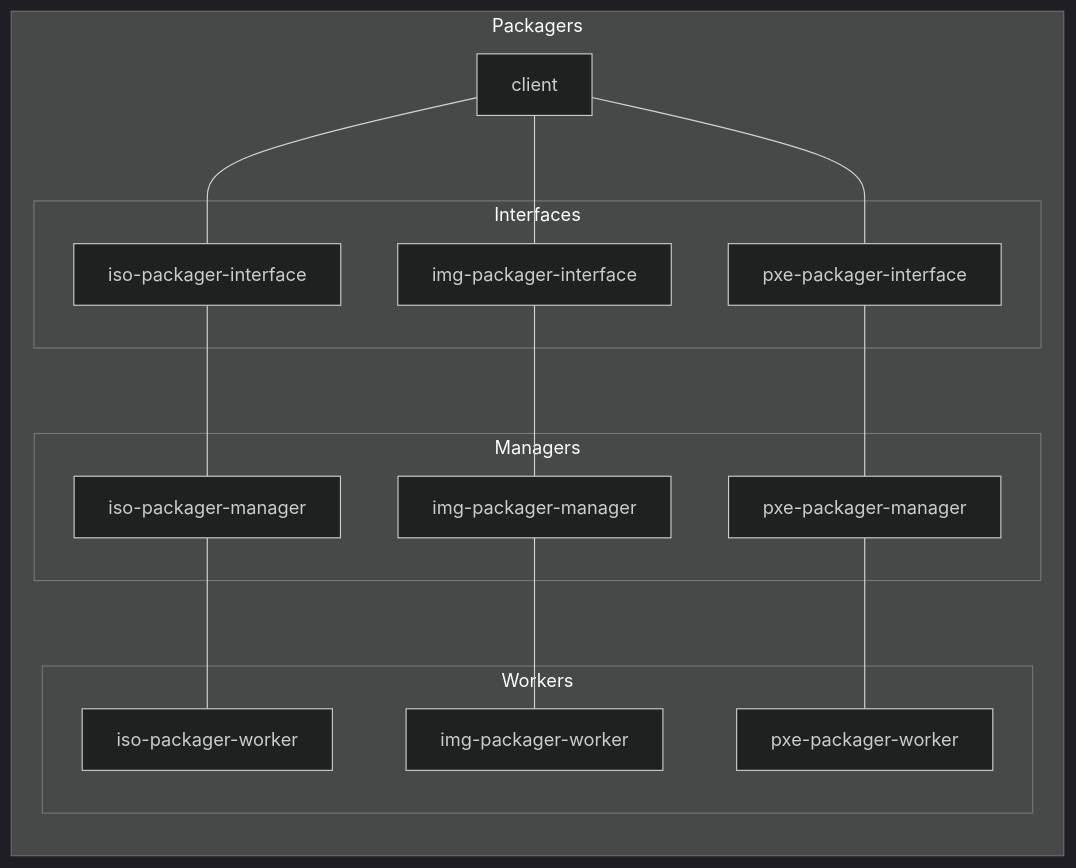
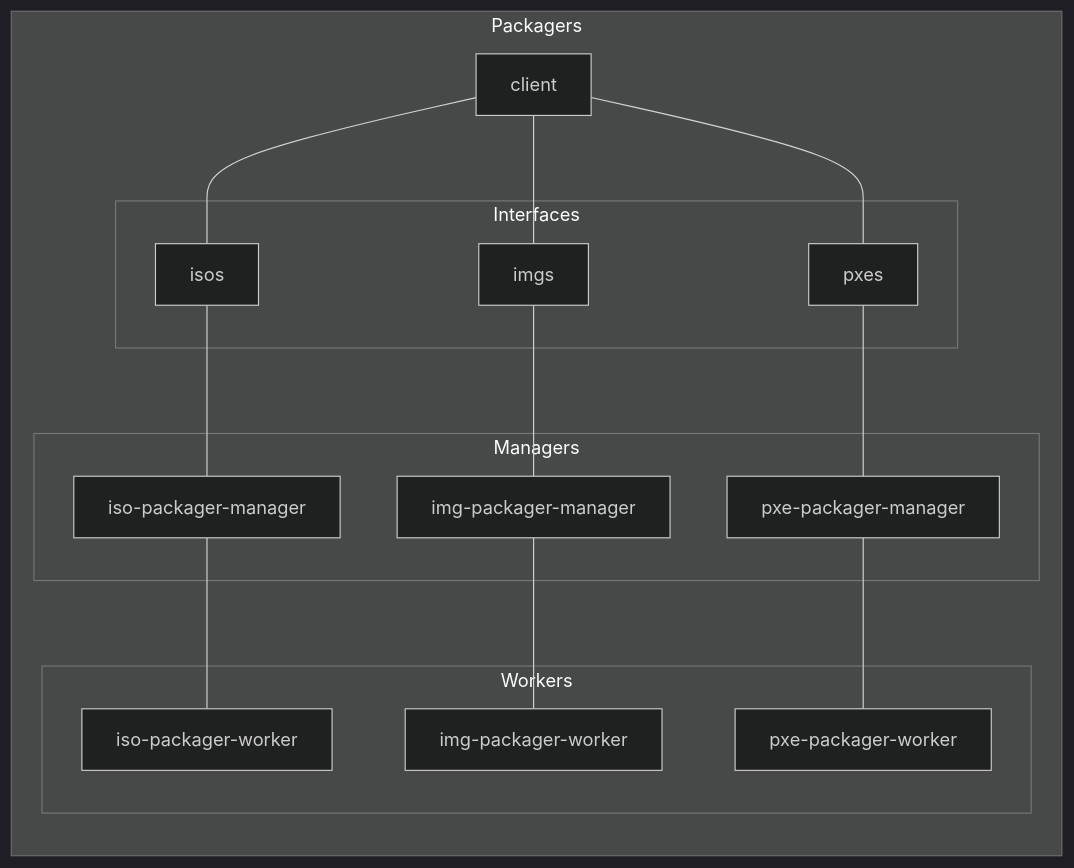
Before and after one commit to pojntfx/notes: the second of 4 diagrams in src/2019/09/cluster-platform-new-architecture-diagram-overview.md, drawn with Mermaid (dark theme). The commit also changed other lines of this file, not shown here.

Commit message:
refactor(notes): Add endpoints as interface names

````diff
--- a/src/2019/09/cluster-platform-new-architecture-diagram-overview.md
+++ b/src/2019/09/cluster-platform-new-architecture-diagram-overview.md
@@ -46,37 +52,37 @@
 ```mermaid
 graph LR
     subgraph Packagers
         client
 
         subgraph Interfaces
-            iso-packager-interface
-            img-packager-interface
-            pxe-packager-interface
+            iso-packager-interface[isos]
+            img-packager-interface[imgs]
+            pxe-packager-interface[pxes]
         end
 
         subgraph Managers
             iso-packager-manager
             img-packager-manager
             pxe-packager-manager
         end
 
         subgraph Workers
             iso-packager-worker
             img-packager-worker
             pxe-packager-worker
         end
 
         client --- iso-packager-interface
         client --- img-packager-interface
         client --- pxe-packager-interface
 
         iso-packager-interface --- iso-packager-manager
         iso-packager-manager --- iso-packager-worker
 
         img-packager-interface --- img-packager-manager
         img-packager-manager --- img-packager-worker
 
         pxe-packager-interface --- pxe-packager-manager
         pxe-packager-manager --- pxe-packager-worker
     end
 ```
````
